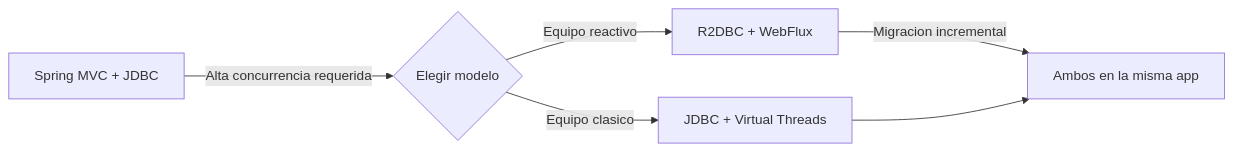
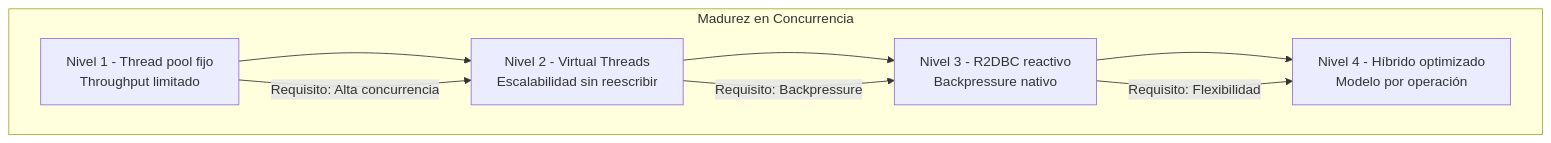
Before and after one commit to Joaquinriosheredia/DAM-Java-Mastery: the fourth of 4 diagrams in 03_Spring_Ecosystem/spring_boot_34_r2dbc_virtual_threads_STAFF.md, drawn with Mermaid. The commit also changed other lines of this file, not shown here.

Commit message:
spring_boot_34_r2dbc_virtual_threads_STAFF.md

````diff
--- a/03_Spring_Ecosystem/spring_boot_34_r2dbc_virtual_threads_STAFF.md
+++ b/03_Spring_Ecosystem/spring_boot_34_r2dbc_virtual_threads_STAFF.md
@@ -286,8 +714,13 @@
 ```mermaid
-graph LR
-    A[Spring MVC + JDBC] -->|Alta concurrencia requerida| B{Elegir modelo}
-    B -->|Equipo reactivo| C[R2DBC + WebFlux]
-    B -->|Equipo clasico| D[JDBC + Virtual Threads]
-    C -->|Migracion incremental| E[Ambos en la misma app]
-    D --> E
+graph TD
+    subgraph "Madurez en Concurrencia"
+        L1[Nivel 1 - Thread pool fijo<br>Throughput limitado] --> L2
+        L2[Nivel 2 - Virtual Threads<br>Escalabilidad sin reescribir] --> L3
+        L3[Nivel 3 - R2DBC reactivo<br>Backpressure nativo] --> L4
+        L4[Nivel 4 - Híbrido optimizado<br>Modelo por operación]
+    end
+    
+    L1 -->|Requisito: Alta concurrencia| L2
+    L2 -->|Requisito: Backpressure| L3
+    L3 -->|Requisito: Flexibilidad| L4
 ```
````
